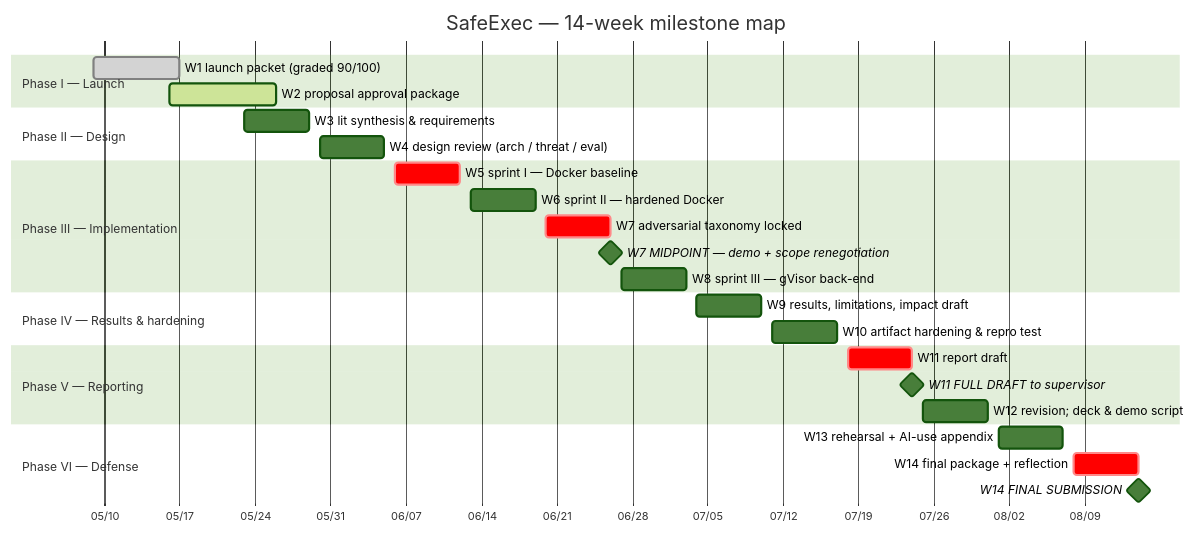
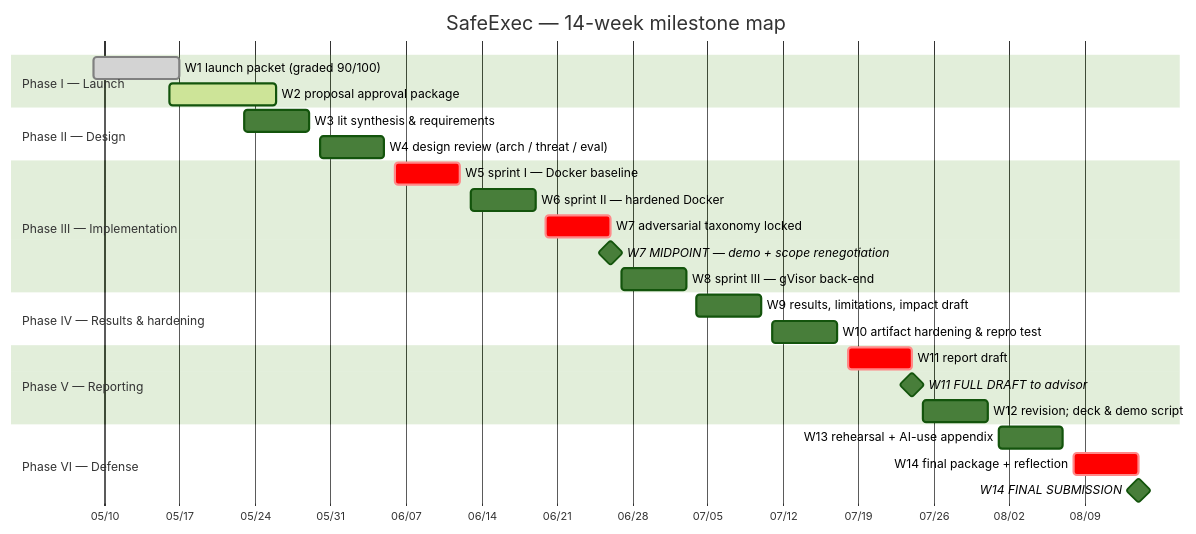
Before and after one commit to liangzixuan/cisc-699: the first of 2 diagrams in docs/02-proposal-package/project-plan.md, drawn with Mermaid (forest theme). The commit also changed other lines of this file and 10 other files, not shown here.

````diff
--- a/docs/02-proposal-package/project-plan.md
+++ b/docs/02-proposal-package/project-plan.md
@@ -24,31 +24,31 @@
 ```mermaid
 gantt
     dateFormat  YYYY-MM-DD
     title       SafeExec — 14-week milestone map
     axisFormat  %m/%d
     todayMarker stroke:#d43b3b,stroke-width:2px
 
     section Phase I — Launch
     W1 launch packet (graded 90/100)         :done,    p1a, 2026-05-09, 2026-05-17
     W2 proposal approval package              :active,  p1b, 2026-05-16, 2026-05-26
     section Phase II — Design
     W3 lit synthesis & requirements           :         p2a, 2026-05-23, 2026-05-29
     W4 design review (arch / threat / eval)   :         p2b, 2026-05-30, 2026-06-05
     section Phase III — Implementation
     W5 sprint I — Docker baseline             :crit,    p3a, 2026-06-06, 2026-06-12
     W6 sprint II — hardened Docker            :         p3b, 2026-06-13, 2026-06-19
     W7 adversarial taxonomy locked            :crit,    p3c, 2026-06-20, 2026-06-26
     W7 MIDPOINT — demo + scope renegotiation  :milestone, m1, 2026-06-26, 0d
     W8 sprint III — gVisor back-end           :         p3d, 2026-06-27, 2026-07-03
     section Phase IV — Results & hardening
     W9 results, limitations, impact draft     :         p4a, 2026-07-04, 2026-07-10
     W10 artifact hardening & repro test       :         p4b, 2026-07-11, 2026-07-17
     section Phase V — Reporting
     W11 report draft                          :crit,    p5a, 2026-07-18, 2026-07-24
-    W11 FULL DRAFT to supervisor              :milestone, m2, 2026-07-24, 0d
+    W11 FULL DRAFT to advisor                 :milestone, m2, 2026-07-24, 0d
     W12 revision; deck & demo script          :         p5b, 2026-07-25, 2026-07-31
     section Phase VI — Defense
     W13 rehearsal + AI-use appendix           :         p6a, 2026-08-01, 2026-08-07
     W14 final package + reflection            :crit,    p6b, 2026-08-08, 2026-08-14
     W14 FINAL SUBMISSION                      :milestone, m3, 2026-08-14, 0d
 ```
````
